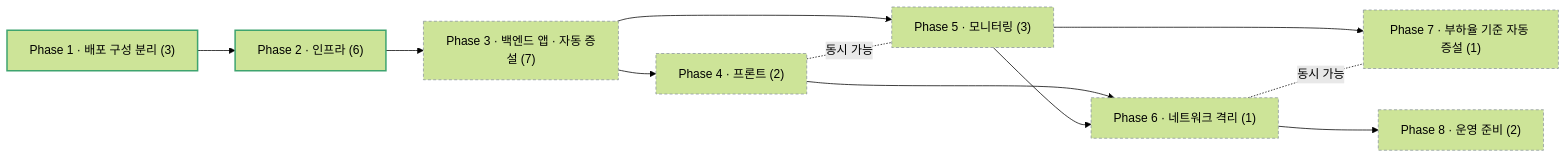
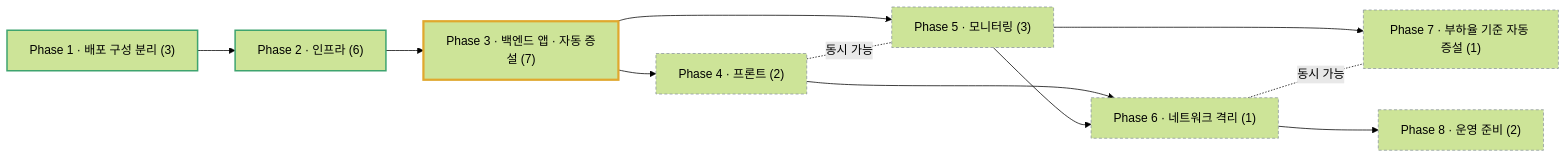
One commit to HaSungJe/deskless changed the diagram in .beaver/output/roadmap/k8s-roadmap.md. Above: the diagram before and after it, drawn with Mermaid (forest theme). The commit also changed other lines of this file and 20 other files, not shown here.

````diff
--- a/.beaver/output/roadmap/k8s-roadmap.md
+++ b/.beaver/output/roadmap/k8s-roadmap.md
@@ -9,16 +9,16 @@
 ```mermaid
 flowchart LR
   P1["Phase 1 · 배포 구성 분리 (3)"]:::done --> P2["Phase 2 · 인프라 (6)"]:::done
-  P2 --> P3["Phase 3 · 백엔드 앱 · 자동 증설 (7)"]:::todo
+  P2 --> P3["Phase 3 · 백엔드 앱 · 자동 증설 (7)"]:::inprog
   P3 --> P4["Phase 4 · 프론트 (2)"]:::todo
   P3 --> P5["Phase 5 · 모니터링 (3)"]:::todo
   P4 -. 동시 가능 .- P5
   P4 --> P6["Phase 6 · 네트워크 격리 (1)"]:::todo
   P5 --> P6
   P5 --> P7["Phase 7 · 부하율 기준 자동 증설 (1)"]:::todo
   P6 -. 동시 가능 .- P7
   P6 --> P8["Phase 8 · 운영 준비 (2)"]:::todo
   classDef done stroke:#3fa46f,stroke-width:2px
   classDef inprog stroke:#e0a82e,stroke-width:3px
   classDef todo stroke:#8a949c,stroke-width:1px,stroke-dasharray:4 3
 ```
````
